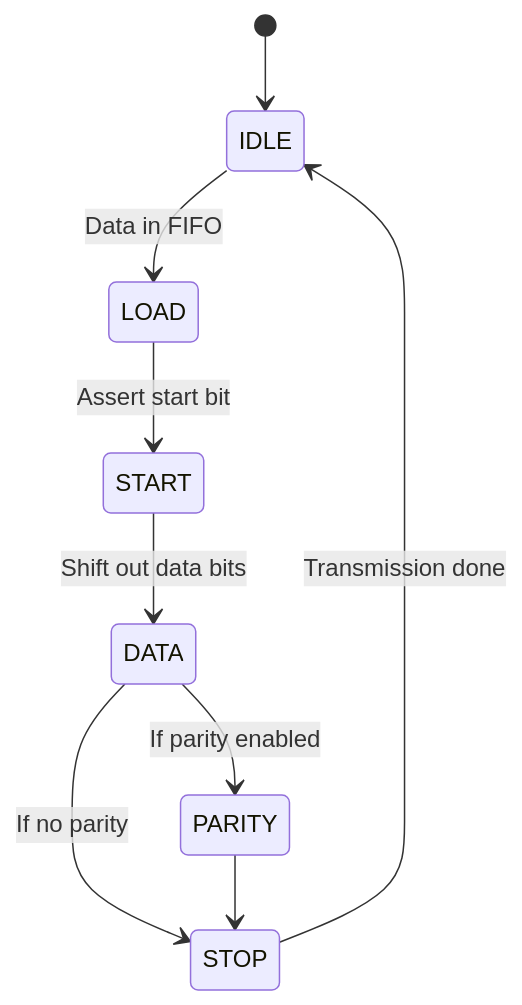
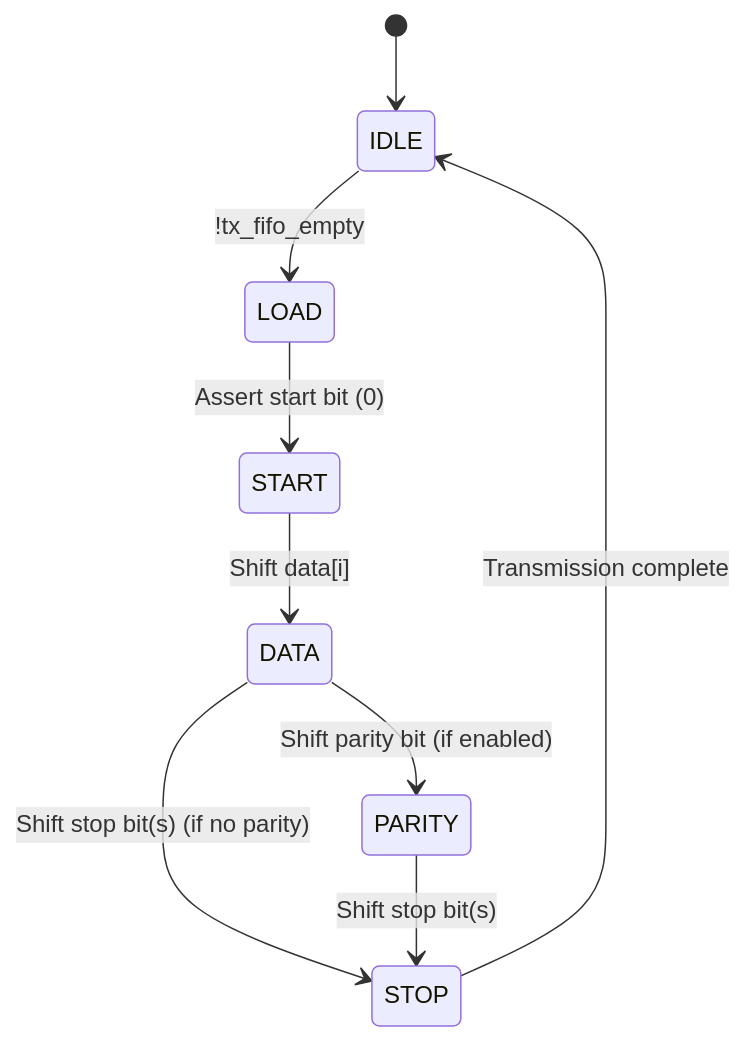
Before and after one commit to ssql2014/demo: the fourth of 7 diagrams in uart/design_spec.md, drawn with Mermaid. The commit also changed other lines of this file and 1 other file, not shown here.

````diff
--- a/uart/design_spec.md
+++ b/uart/design_spec.md
@@ -77,11 +78,11 @@
 ```mermaid
 stateDiagram-v2
     [*] --> IDLE
-    IDLE --> LOAD : Data in FIFO
-    LOAD --> START : Assert start bit
-    START --> DATA : Shift out data bits
-    DATA --> PARITY : If parity enabled
-    DATA --> STOP : If no parity
-    PARITY --> STOP
-    STOP --> IDLE : Transmission done
+    IDLE --> LOAD : !tx_fifo_empty
+    LOAD --> START : Assert start bit (0)
+    START --> DATA : Shift data[i]
+    DATA --> PARITY : Shift parity bit (if enabled)
+    DATA --> STOP : Shift stop bit(s) (if no parity)
+    PARITY --> STOP : Shift stop bit(s)
+    STOP --> IDLE : Transmission complete
 ```
````
